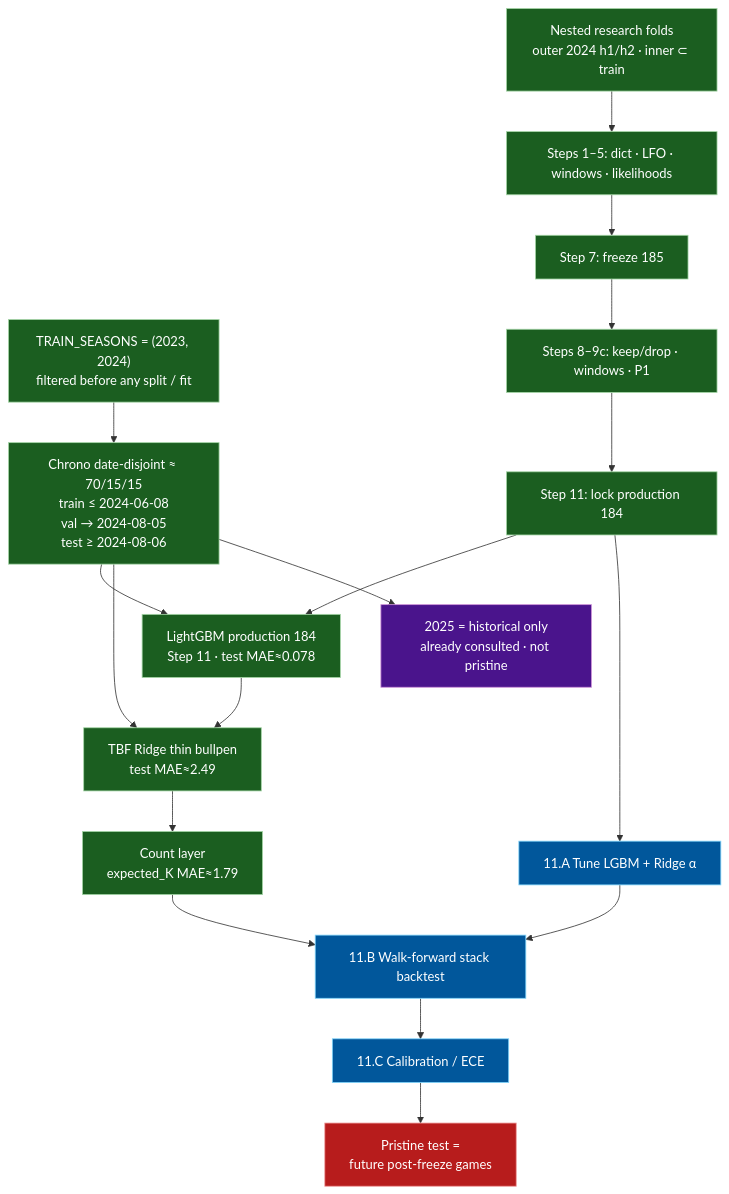
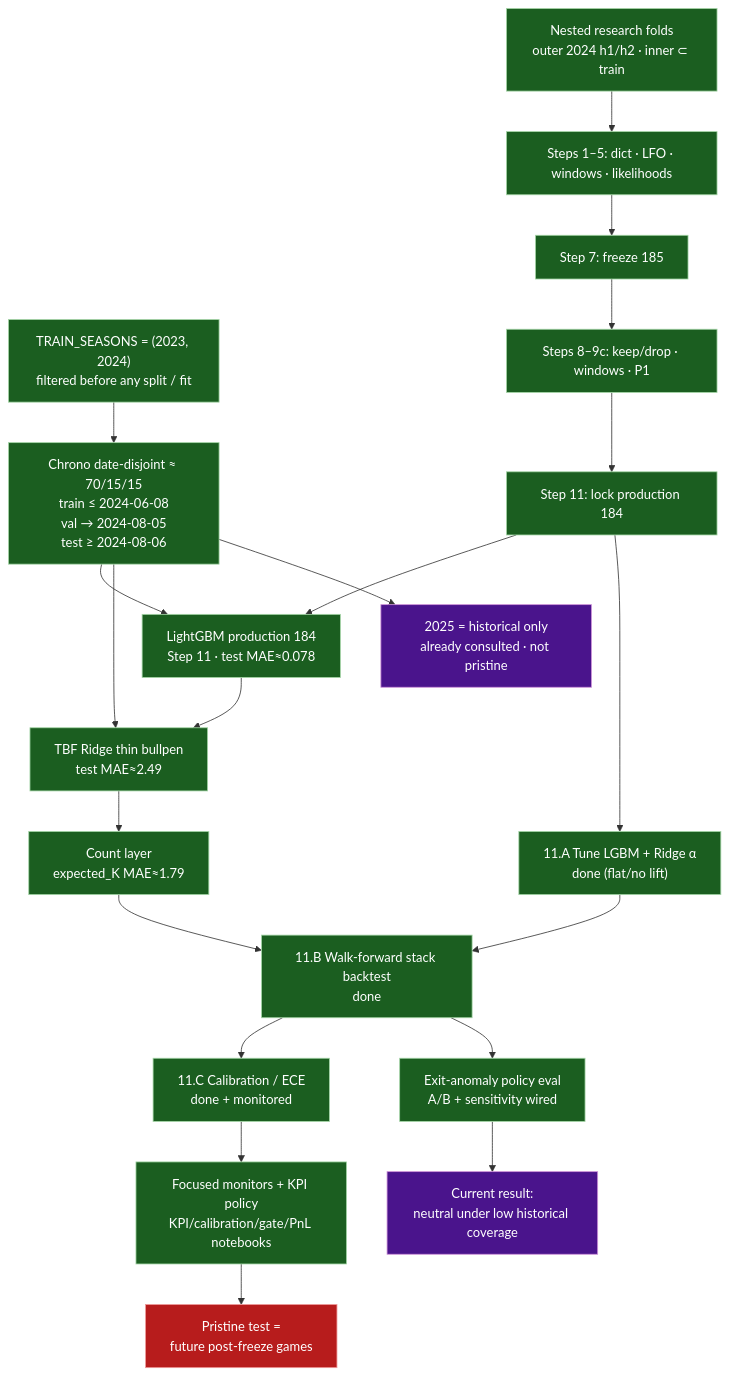
One commit to Cbkaplinger/MLB-Props changed the diagram in docs/diagrams/03-modeling-and-evaluation.md. Above: the diagram before and after it, drawn with Mermaid. The commit also changed other lines of this file and 64 other files, not shown here.

````diff
--- a/docs/diagrams/03-modeling-and-evaluation.md
+++ b/docs/diagrams/03-modeling-and-evaluation.md
@@ -6,39 +6,43 @@
 ```mermaid
 flowchart TB
   classDef built fill:#1b5e20,stroke:#a5d6a7,color:#fff
   classDef partial fill:#e65100,stroke:#ffcc80,color:#fff
   classDef missing fill:#b71c1c,stroke:#ef9a9a,color:#fff
   classDef risk fill:#4a148c,stroke:#ce93d8,color:#fff
   classDef next fill:#01579b,stroke:#81d4fa,color:#fff
 
   SEAS["TRAIN_SEASONS = (2023, 2024)<br/>filtered before any split / fit"]:::built
   SPLIT["Chrono date-disjoint ≈ 70/15/15<br/>train ≤ 2024-06-08<br/>val → 2024-08-05<br/>test ≥ 2024-08-06"]:::built
   NEST["Nested research folds<br/>outer 2024 h1/h2 · inner ⊂ train"]:::built
 
   LGBM["LightGBM production 184<br/>Step 11 · test MAE≈0.078"]:::built
   TBF["TBF Ridge thin bullpen<br/>test MAE≈2.49"]:::built
   CNT["Count layer<br/>expected_K MAE≈1.79"]:::built
   HOLD["2025 = historical only<br/>already consulted · not pristine"]:::risk
 
   S1["Steps 1–5: dict · LFO · windows · likelihoods"]:::built
   S7["Step 7: freeze 185"]:::built
   S89["Steps 8–9c: keep/drop · windows · P1"]:::built
   S10["Step 11: lock production 184"]:::built
 
-  TUNE["11.A Tune LGBM + Ridge α"]:::next
-  WF["11.B Walk-forward stack backtest"]:::next
-  CAL["11.C Calibration / ECE"]:::next
+  TUNE["11.A Tune LGBM + Ridge α<br/>done (flat/no lift)"]:::built
+  WF["11.B Walk-forward stack backtest<br/>done"]:::built
+  CAL["11.C Calibration / ECE<br/>done + monitored"]:::built
+  ANOM["Exit-anomaly policy eval<br/>A/B + sensitivity wired"]:::built
+  ANOMRES["Current result:<br/>neutral under low historical coverage"]:::risk
+  PMON["Focused monitors + KPI policy<br/>KPI/calibration/gate/PnL notebooks"]:::built
   NEXT["Pristine test =<br/>future post-freeze games"]:::missing
 
   SEAS --> SPLIT
   SPLIT --> LGBM
   SPLIT --> TBF
   SPLIT --> HOLD
   NEST --> S1
   S1 --> S7 --> S89 --> S10
   S10 --> LGBM
   LGBM --> TBF --> CNT
   S10 --> TUNE --> WF --> CAL
   CNT --> WF
-  CAL --> NEXT
+  CAL --> PMON --> NEXT
+  WF --> ANOM --> ANOMRES
 ```
````
